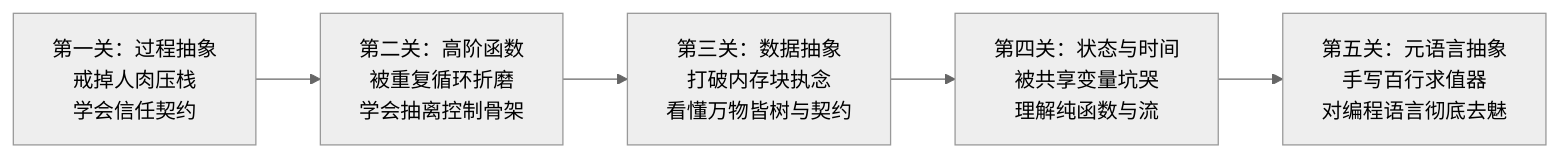
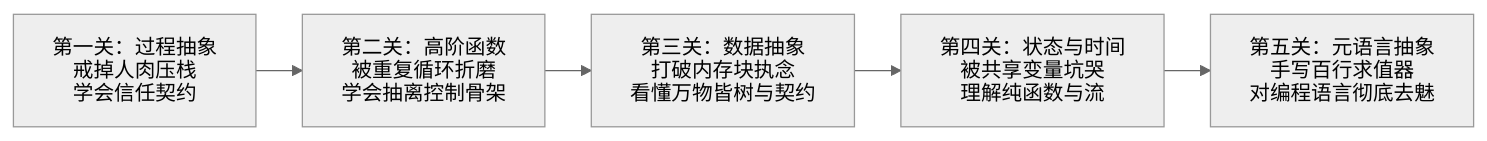
One commit to Minsecrus/CS-Course changed the diagram in 导读/SICP.md. Above: the diagram before and after it, drawn with Mermaid (neutral theme). The commit also changed 5 other files, not shown here.

Commit message:
fix(docs): refine home hero text and restore classic Mermaid theme and UI route diagram

````diff
--- a/导读/SICP.md
+++ b/导读/SICP.md
@@ -16,7 +16,18 @@
 ```mermaid
+---
+config:
+  look: classic
+  htmlLabels: false
+  markdownAutoWrap: false
+  flowchart:
+    htmlLabels: false
+    wrappingWidth: 320
+    nodeSpacing: 20
+    rankSpacing: 36
+---
 flowchart LR
     S1["第一关：过程抽象<br/>戒掉人肉压栈<br/>学会信任契约"] --> S2["第二关：高阶函数<br/>被重复循环折磨<br/>学会抽离控制骨架"]
     S2 --> S3["第三关：数据抽象<br/>打破内存块执念<br/>看懂万物皆树与契约"]
     S3 --> S4["第四关：状态与时间<br/>被共享变量坑哭<br/>理解纯函数与流"]
     S4 --> S5["第五关：元语言抽象<br/>手写百行求值器<br/>对编程语言彻底去魅"]
 ```
````
